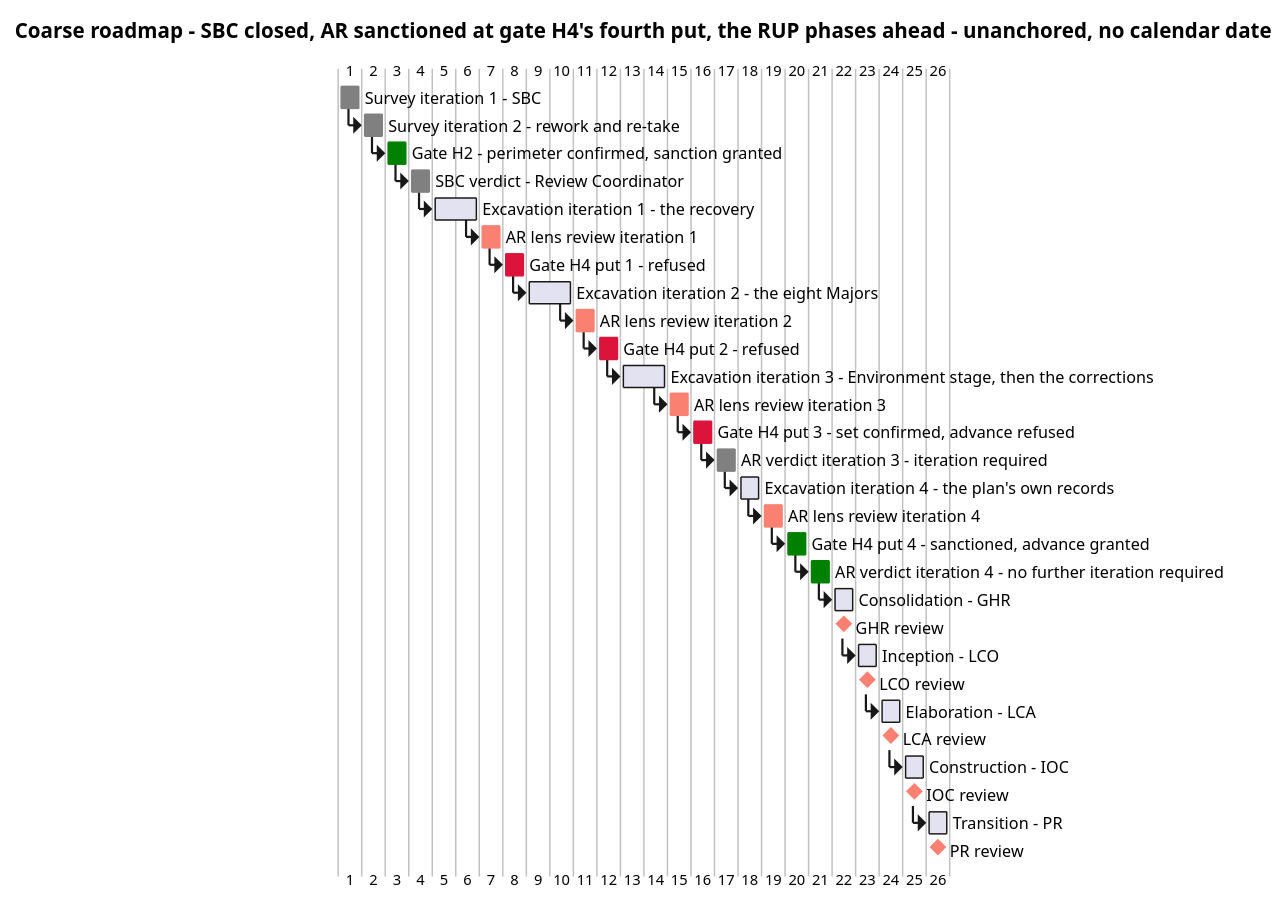
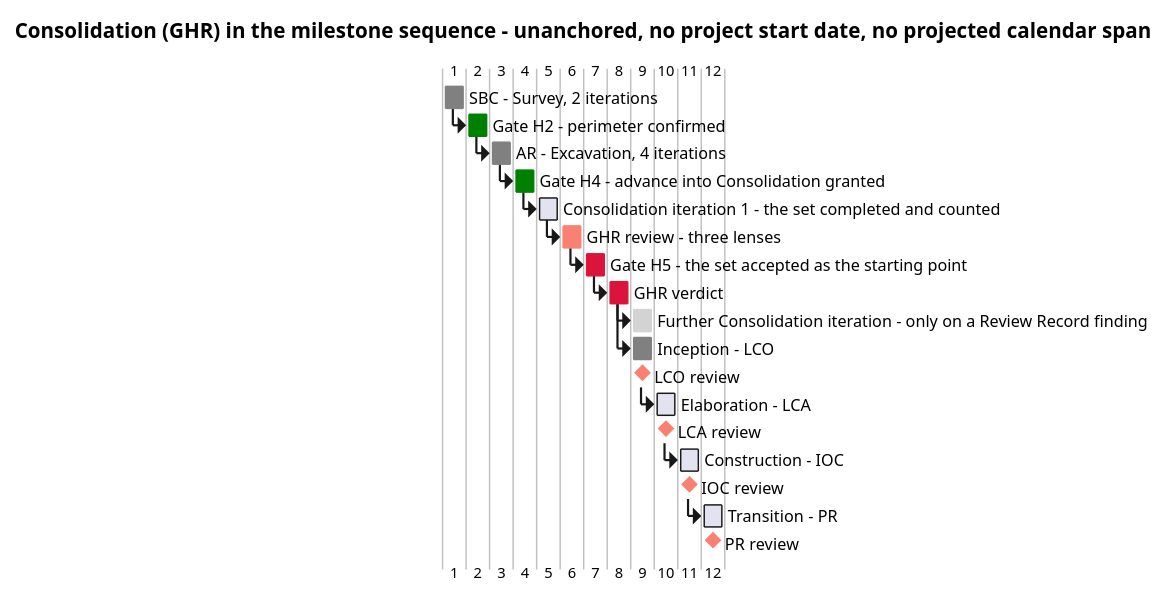
The second of 5 diagrams in docs/artifacts/project-management/iteration-plan.md (banense-test/TodoApp), drawn with PlantUML before and after one commit. The commit also changed other lines of this file, not shown here.

First line of the commit message:
Project Manager [Consolidation1]: upsert Iteration Plan

````diff
--- a/docs/artifacts/project-management/iteration-plan.md
+++ b/docs/artifacts/project-management/iteration-plan.md
@@ -58,75 +59,48 @@
 ```plantuml
 @startgantt
-title Coarse roadmap - SBC closed, AR sanctioned at gate H4's fourth put, the RUP phases ahead - unanchored, no calendar date
+title Consolidation (GHR) in the milestone sequence - unanchored, no project start date, no projected calendar span
 
-[Survey iteration 1 - SBC] lasts 1 day
-[Survey iteration 1 - SBC] is colored in Gray
-[Survey iteration 2 - rework and re-take] lasts 1 day
-[Survey iteration 2 - rework and re-take] starts at [Survey iteration 1 - SBC]'s end
-[Survey iteration 2 - rework and re-take] is colored in Gray
-[Gate H2 - perimeter confirmed, sanction granted] lasts 1 day
-[Gate H2 - perimeter confirmed, sanction granted] starts at [Survey iteration 2 - rework and re-take]'s end
-[Gate H2 - perimeter confirmed, sanction granted] is colored in Green
-[SBC verdict - Review Coordinator] lasts 1 day
-[SBC verdict - Review Coordinator] starts at [Gate H2 - perimeter confirmed, sanction granted]'s end
-[SBC verdict - Review Coordinator] is colored in Gray
-[Excavation iteration 1 - the recovery] lasts 2 days
-[Excavation iteration 1 - the recovery] starts at [SBC verdict - Review Coordinator]'s end
-[AR lens review iteration 1] lasts 1 day
-[AR lens review iteration 1] starts at [Excavation iteration 1 - the recovery]'s end
-[AR lens review iteration 1] is colored in Salmon
-[Gate H4 put 1 - refused] lasts 1 day
-[Gate H4 put 1 - refused] starts at [AR lens review iteration 1]'s end
-[Gate H4 put 1 - refused] is colored in Crimson
-[Excavation iteration 2 - the eight Majors] lasts 2 days
-[Excavation iteration 2 - the eight Majors] starts at [Gate H4 put 1 - refused]'s end
-[AR lens review iteration 2] lasts 1 day
-[AR lens review iteration 2] starts at [Excavation iteration 2 - the eight Majors]'s end
-[AR lens review iteration 2] is colored in Salmon
-[Gate H4 put 2 - refused] lasts 1 day
-[Gate H4 put 2 - refused] starts at [AR lens review iteration 2]'s end
-[Gate H4 put 2 - refused] is colored in Crimson
-[Excavation iteration 3 - Environment stage, then the corrections] lasts 2 days
-[Excavation iteration 3 - Environment stage, then the corrections] starts at [Gate H4 put 2 - refused]'s end
-[AR lens review iteration 3] lasts 1 day
-[AR lens review iteration 3] starts at [Excavation iteration 3 - Environment stage, then the corrections]'s end
-[AR lens review iteration 3] is colored in Salmon
-[Gate H4 put 3 - set confirmed, advance refused] lasts 1 day
-[Gate H4 put 3 - set confirmed, advance refused] starts at [AR lens review iteration 3]'s end
-[Gate H4 put 3 - set confirmed, advance refused] is colored in Crimson
-[AR verdict iteration 3 - iteration required] lasts 1 day
-[AR verdict iteration 3 - iteration required] starts at [Gate H4 put 3 - set confirmed, advance refused]'s end
-[AR verdict iteration 3 - iteration required] is colored in Gray
-[Excavation iteration 4 - the plan's own records] lasts 1 day
-[Excavation iteration 4 - the plan's own records] starts at [AR verdict iteration 3 - iteration required]'s end
-[AR lens review iteration 4] lasts 1 day
-[AR lens review iteration 4] starts at [Excavation iteration 4 - the plan's own records]'s end
-[AR lens review iteration 4] is colored in Salmon
-[Gate H4 put 4 - sanctioned, advance granted] lasts 1 day
-[Gate H4 put 4 - sanctioned, advance granted] starts at [AR lens review iteration 4]'s end
-[Gate H4 put 4 - sanctioned, advance granted] is colored in Green
-[AR verdict iteration 4 - no further iteration required] lasts 1 day
-[AR verdict iteration 4 - no further iteration required] starts at [Gate H4 put 4 - sanctioned, advance granted]'s end
-[AR verdict iteration 4 - no further iteration required] is colored in Green
-[Consolidation - GHR] lasts 1 day
-[Consolidation - GHR] starts at [AR verdict iteration 4 - no further iteration required]'s end
-[GHR review] happens at [Consolidation - GHR]'s end
-[GHR review] is colored in Salmon
+[SBC - Survey, 2 iterations] lasts 1 day
+[SBC - Survey, 2 iterations] is colored in Gray
+[Gate H2 - perimeter confirmed] lasts 1 day
+[Gate H2 - perimeter confirmed] starts at [SBC - Survey, 2 iterations]'s end
+[Gate H2 - perimeter confirmed] is colored in Green
+[AR - Excavation, 4 iterations] lasts 1 day
+[AR - Excavation, 4 iterations] starts at [Gate H2 - perimeter confirmed]'s end
+[AR - Excavation, 4 iterations] is colored in Gray
+[Gate H4 - advance into Consolidation granted] lasts 1 day
+[Gate H4 - advance into Consolidation granted] starts at [AR - Excavation, 4 iterations]'s end
+[Gate H4 - advance into Consolidation granted] is colored in Green
+[Consolidation iteration 1 - the set completed and counted] lasts 1 day
+[Consolidation iteration 1 - the set completed and counted] starts at [Gate H4 - advance into Consolidation granted]'s end
+[GHR review - three lenses] lasts 1 day
+[GHR review - three lenses] starts at [Consolidation iteration 1 - the set completed and counted]'s end
+[GHR review - three lenses] is colored in Salmon
+[Gate H5 - the set accepted as the starting point] lasts 1 day
+[Gate H5 - the set accepted as the starting point] starts at [GHR review - three lenses]'s end
+[Gate H5 - the set accepted as the starting point] is colored in Crimson
+[GHR verdict] lasts 1 day
+[GHR verdict] starts at [Gate H5 - the set accepted as the starting point]'s end
+[GHR verdict] is colored in Crimson
+[Further Consolidation iteration - only on a Review Record finding] lasts 1 day
+[Further Consolidation iteration - only on a Review Record finding] starts at [GHR verdict]'s end
+[Further Consolidation iteration - only on a Review Record finding] is colored in LightGray
 [Inception - LCO] lasts 1 day
-[Inception - LCO] starts at [GHR review]'s end
+[Inception - LCO] starts at [GHR verdict]'s end
+[Inception - LCO] is colored in Gray
 [LCO review] happens at [Inception - LCO]'s end
 [LCO review] is colored in Salmon
 [Elaboration - LCA] lasts 1 day
 [Elaboration - LCA] starts at [LCO review]'s end
 [LCA review] happens at [Elaboration - LCA]'s end
 [LCA review] is colored in Salmon
 [Construction - IOC] lasts 1 day
 [Construction - IOC] starts at [LCA review]'s end
 [IOC review] happens at [Construction - IOC]'s end
 [IOC review] is colored in Salmon
 [Transition - PR] lasts 1 day
 [Transition - PR] starts at [IOC review]'s end
 [PR review] happens at [Transition - PR]'s end
 [PR review] is colored in Salmon
 @endgantt
 ```
````
